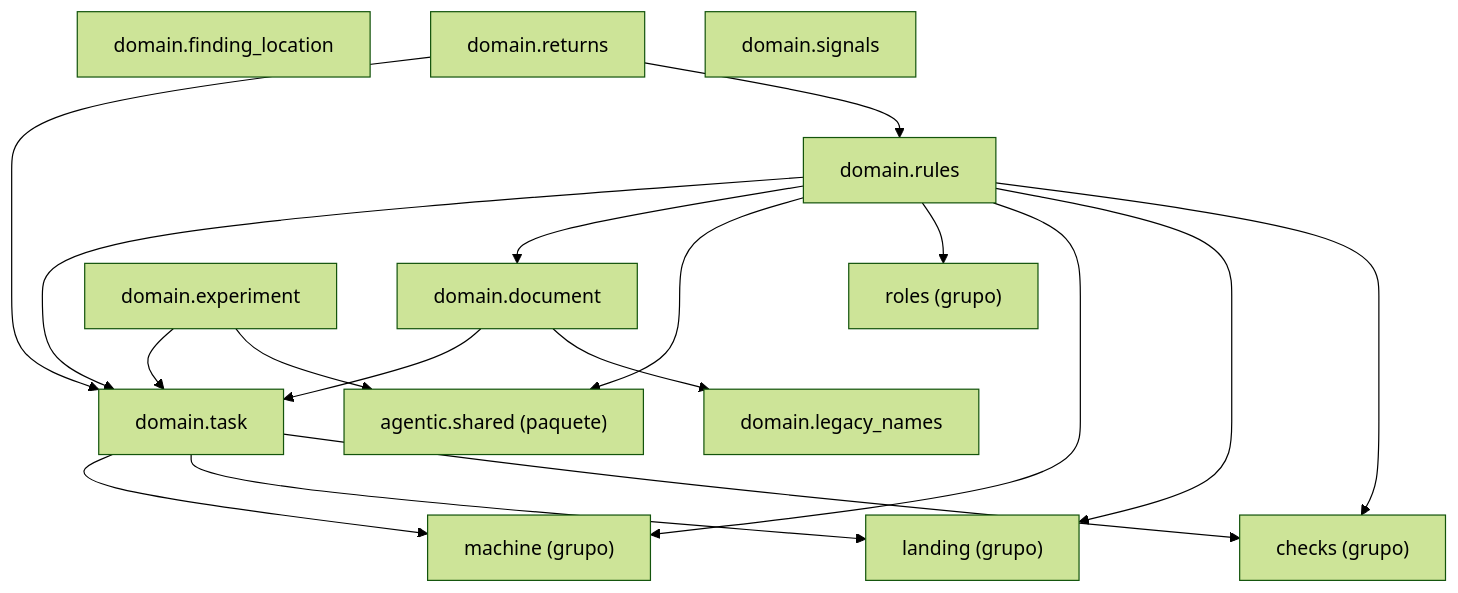
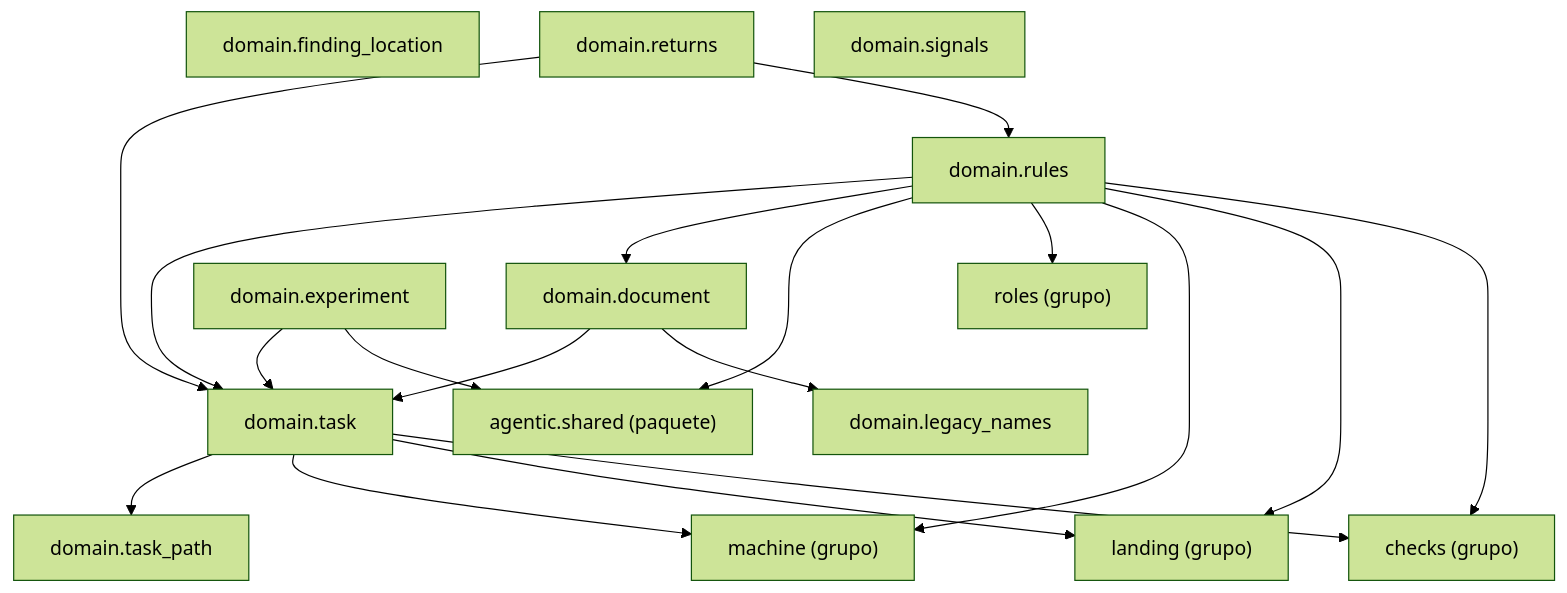
The diagram in docs/architecture/generated/packages-process-domain-state.md (GonzaloZevallos/agentic-system), drawn with Mermaid (forest theme) before and after one commit. The commit also changed 19 other files, not shown here.

First line of the commit message:
Record size, risks and the task path at classification without routing on them (GH-591, part 1)

````diff
--- a/docs/architecture/generated/packages-process-domain-state.md
+++ b/docs/architecture/generated/packages-process-domain-state.md
@@ -11,32 +11,34 @@
 ```mermaid
 graph TD
     g_domain__checks["checks (grupo)"]
     g_domain__landing["landing (grupo)"]
     g_domain__machine["machine (grupo)"]
     g_domain__roles["roles (grupo)"]
     g_pkg__agentic__shared["agentic.shared (paquete)"]
     m_domain__document["domain.document"]
     m_domain__experiment["domain.experiment"]
     m_domain__finding_location["domain.finding_location"]
     m_domain__legacy_names["domain.legacy_names"]
     m_domain__returns["domain.returns"]
     m_domain__rules["domain.rules"]
     m_domain__signals["domain.signals"]
     m_domain__task["domain.task"]
+    m_domain__task_path["domain.task_path"]
     m_domain__document --> m_domain__legacy_names
     m_domain__document --> m_domain__task
     m_domain__experiment --> g_pkg__agentic__shared
     m_domain__experiment --> m_domain__task
     m_domain__returns --> m_domain__rules
     m_domain__returns --> m_domain__task
     m_domain__rules --> g_domain__checks
     m_domain__rules --> g_domain__landing
     m_domain__rules --> g_domain__machine
     m_domain__rules --> g_domain__roles
     m_domain__rules --> g_pkg__agentic__shared
     m_domain__rules --> m_domain__document
     m_domain__rules --> m_domain__task
     m_domain__task --> g_domain__checks
     m_domain__task --> g_domain__landing
     m_domain__task --> g_domain__machine
+    m_domain__task --> m_domain__task_path
 ```
````
